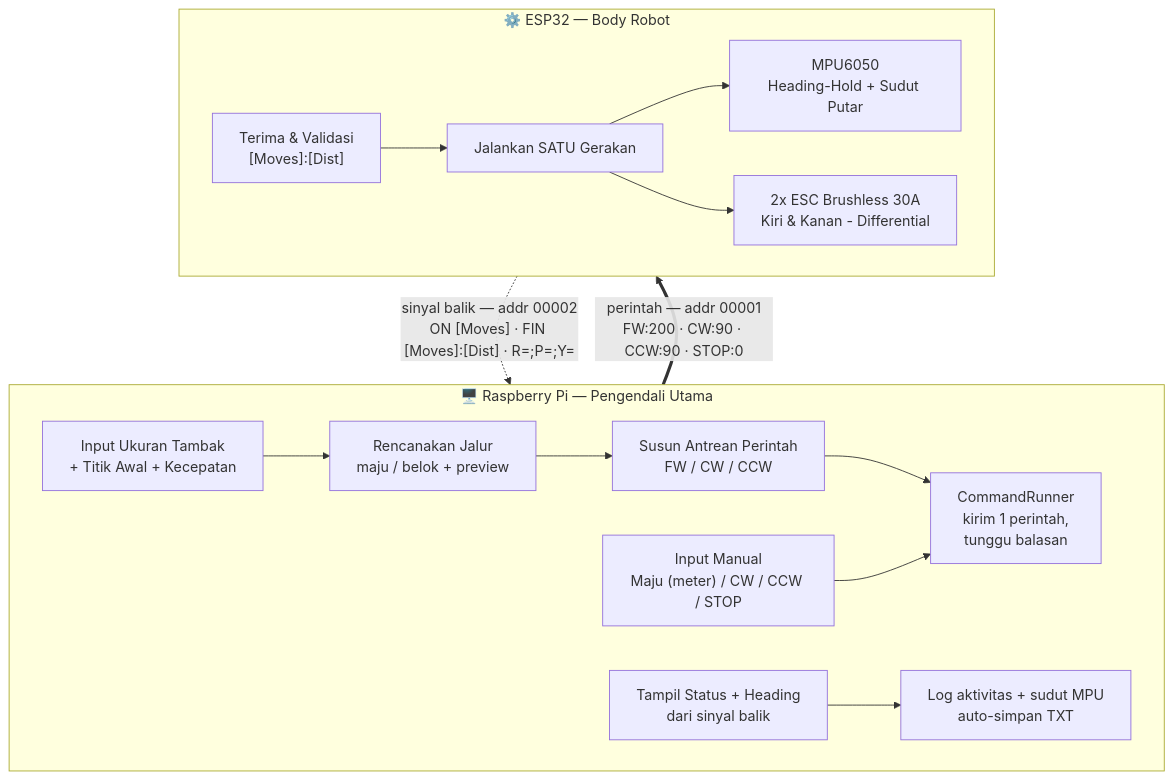
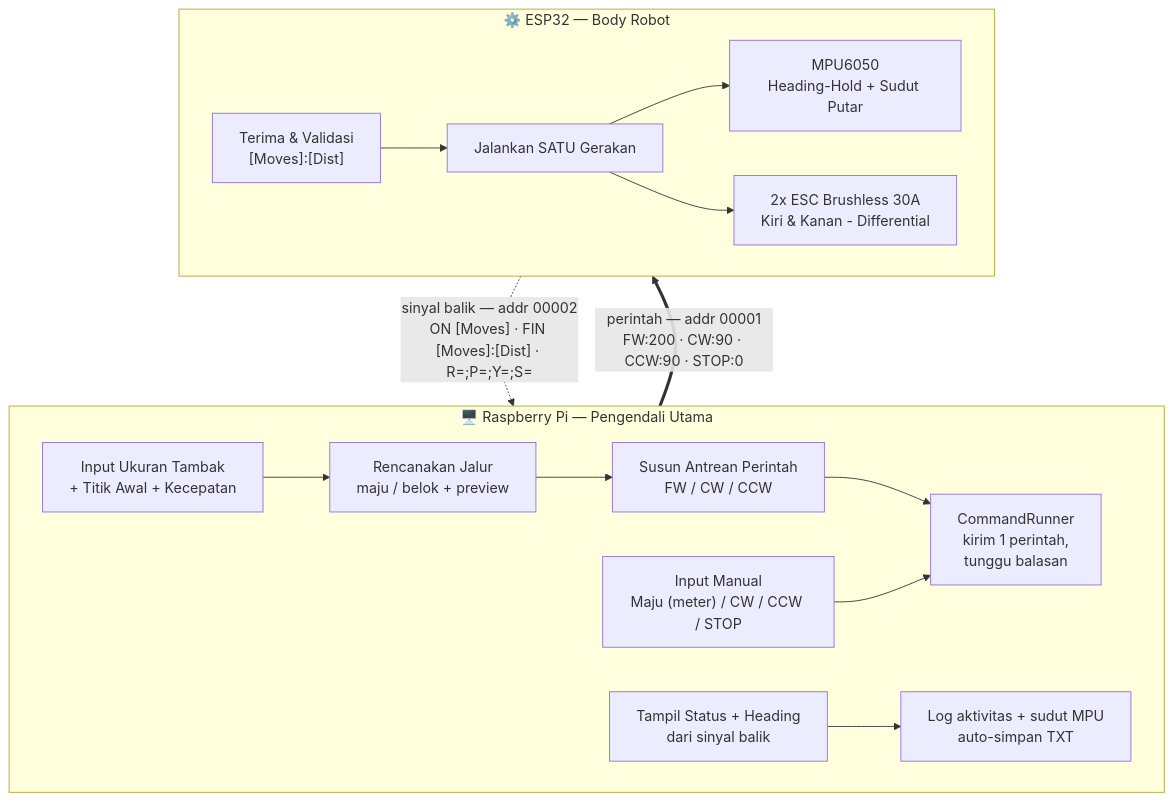
The first of 9 diagrams in flowchart.md (Xhorn7/Skripsi-PENGEMBANGAN-ROBOT-AKUATIK-UNTUK-FEEDER-OTOMATIS-DI-TAMBAK), drawn with Mermaid before and after one commit. The commit also changed other lines of this file and 24 other files, not shown here.

````diff
--- a/flowchart.md
+++ b/flowchart.md
@@ -13,22 +13,22 @@
 ```mermaid
 flowchart TB
     subgraph RPi["🖥️ Raspberry Pi — Pengendali Utama"]
         direction LR
         A["Input Ukuran Tambak<br/>+ Titik Awal + Kecepatan"] --> P["Rencanakan Jalur<br/>maju / belok + preview"]
         P --> Q["Susun Antrean Perintah<br/>FW / CW / CCW"]
         Q --> R["CommandRunner<br/>kirim 1 perintah,<br/>tunggu balasan"]
         M["Input Manual<br/>Maju (meter) / CW / CCW / STOP"] --> R
         T["Tampil Status + Heading<br/>dari sinyal balik"]
         T --> L["Log aktivitas + sudut MPU<br/>auto-simpan TXT"]
     end
 
     subgraph ESP32["⚙️ ESP32 — Body Robot"]
         direction LR
         C["Terima & Validasi<br/>[Moves]:[Dist]"] --> D["Jalankan SATU Gerakan"]
         D --> E["MPU6050<br/>Heading-Hold + Sudut Putar"]
         D --> F["2x ESC Brushless 30A<br/>Kiri & Kanan - Differential"]
     end
 
     R == "perintah — addr 00001<br/>FW:200 · CW:90 · CCW:90 · STOP:0" ==> C
-    D -. "sinyal balik — addr 00002<br/>ON [Moves] · FIN [Moves]:[Dist] · R=;P=;Y=" .-> T
+    D -. "sinyal balik — addr 00002<br/>ON [Moves] · FIN [Moves]:[Dist] · R=;P=;Y=;S=" .-> T
 ```
````
